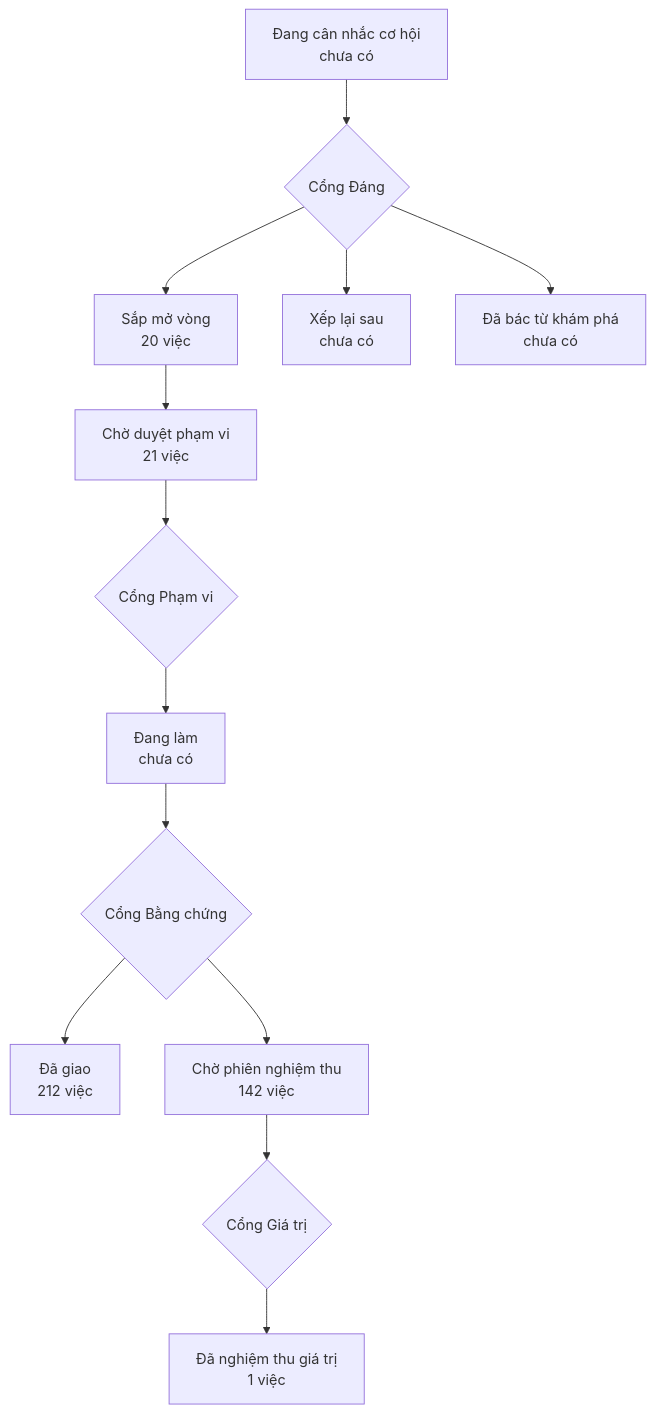
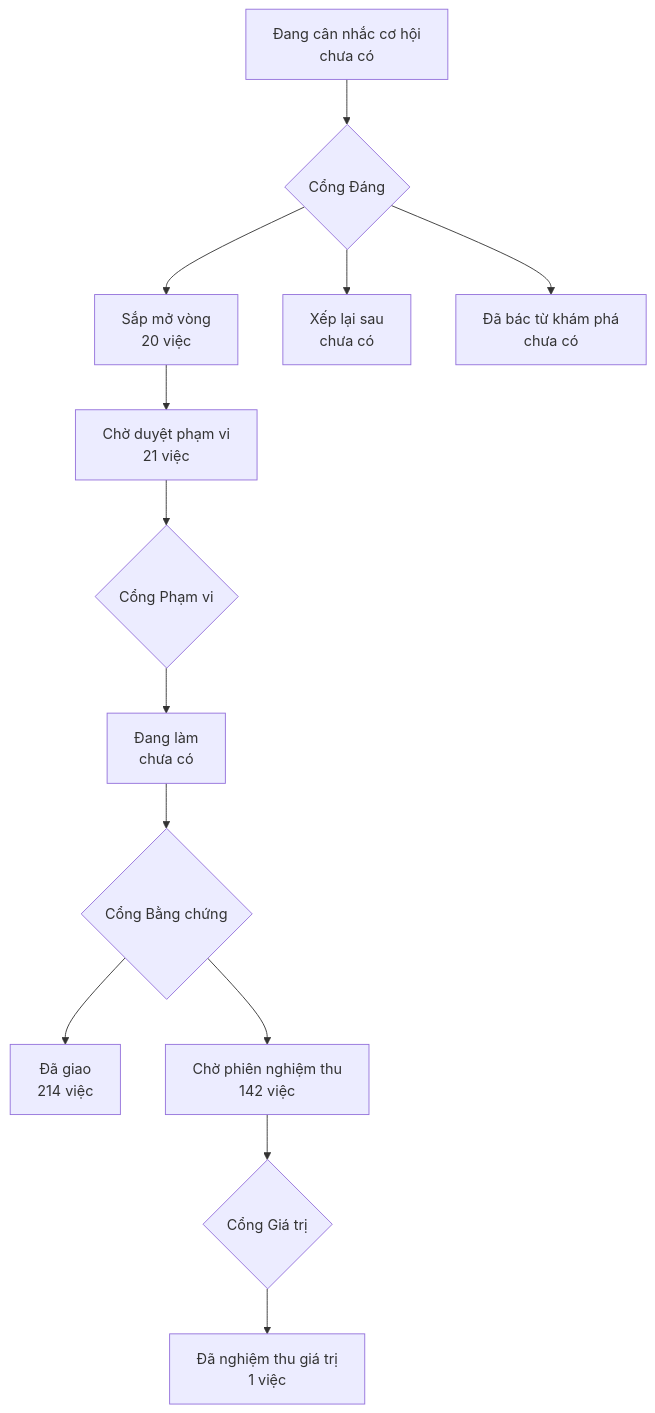
One commit to phanlemanh/onehub-invest changed the diagram in PRODUCT-MAP.md. Above: the diagram before and after it, drawn with Mermaid. The commit also changed other lines of this file and 1 other file, not shown here.

Commit message:
chore: vẽ lại bản đồ sản phẩm sau khi nhận main (NK1)

````diff
--- a/PRODUCT-MAP.md
+++ b/PRODUCT-MAP.md
@@ -7,12 +7,12 @@
 ```mermaid
 flowchart TD
   A["Đang cân nhắc cơ hội<br/>chưa có"] --> GD{"Cổng Đáng"}
   GD --> B["Sắp mở vòng<br/>20 việc"]
   GD --> XL["Xếp lại sau<br/>chưa có"]
   GD --> DB["Đã bác từ khám phá<br/>chưa có"]
   B --> CD["Chờ duyệt phạm vi<br/>21 việc"] --> GP{"Cổng Phạm vi"}
   GP --> DL["Đang làm<br/>chưa có"] --> GB{"Cổng Bằng chứng"}
-  GB --> DG["Đã giao<br/>212 việc"]
+  GB --> DG["Đã giao<br/>214 việc"]
   GB --> CN["Chờ phiên nghiệm thu<br/>142 việc"] --> GG{"Cổng Giá trị"}
   GG --> NT["Đã nghiệm thu giá trị<br/>1 việc"]
 ```
````
